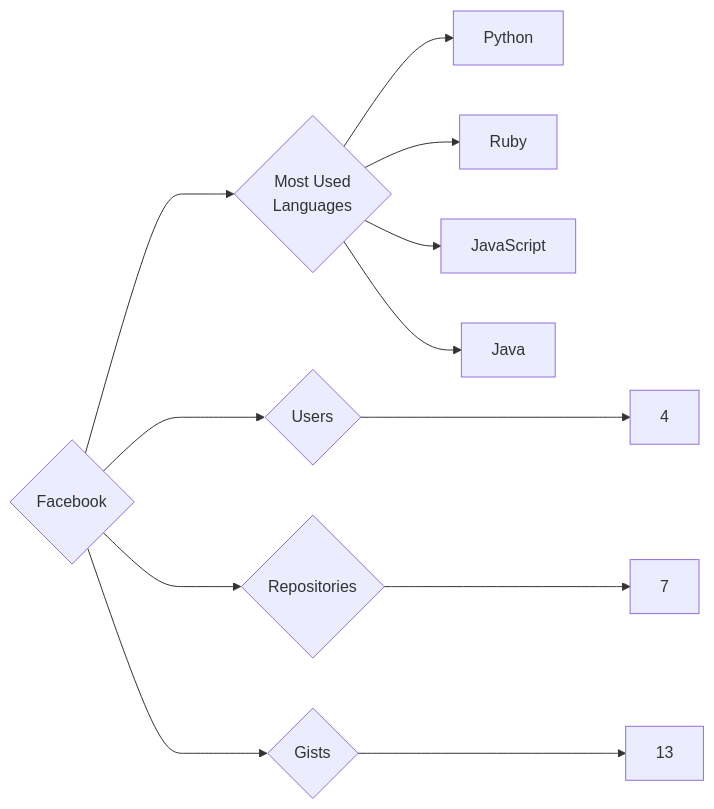
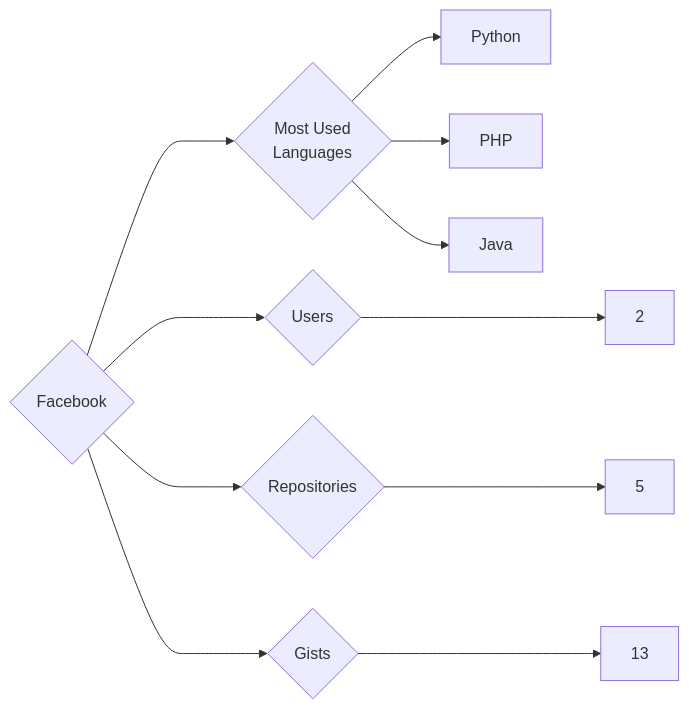
One commit to trickest/insiders changed the diagram in targets/Facebook/README.md. Above: the diagram before and after it, drawn with Mermaid. The commit also changed 1084 other files, not shown here.

````diff
--- a/targets/Facebook/README.md
+++ b/targets/Facebook/README.md
@@ -3,12 +3,11 @@
 ```mermaid
 graph LR
 COMPANY_NAME{Facebook}
-COMPANY_NAME ---> U{Users} ---> UN[4]
-COMPANY_NAME ---> R{Repositories} ---> RN[7]
+COMPANY_NAME ---> U{Users} ---> UN[2]
+COMPANY_NAME ---> R{Repositories} ---> RN[5]
 COMPANY_NAME ---> G{Gists} ---> GN[13]
 COMPANY_NAME ---> ML{Most Used<br>Languages}
 ML --> Python[Python]
-ML --> Ruby[Ruby]
-ML --> JavaScript[JavaScript]
+ML --> PHP[PHP]
 ML --> Java[Java]
 ```
````
